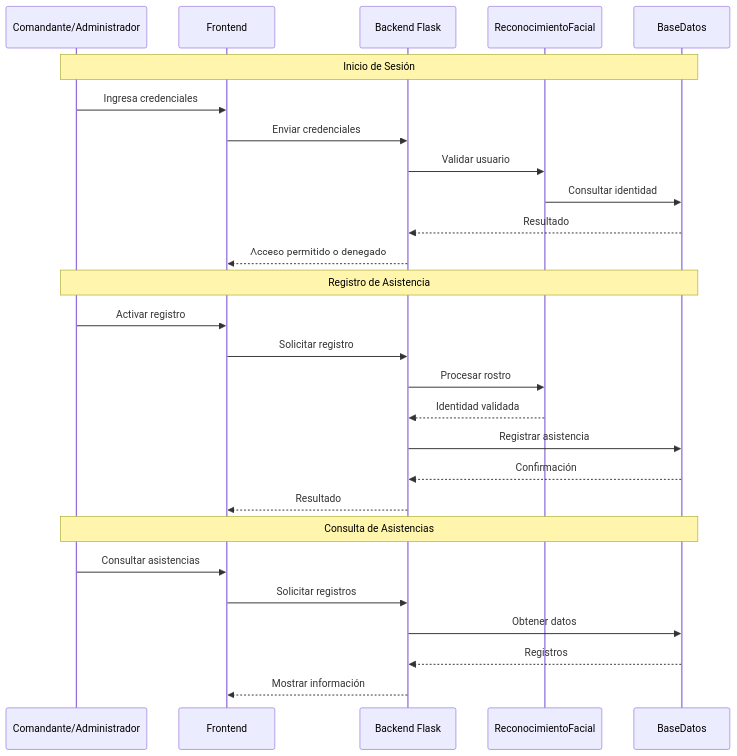
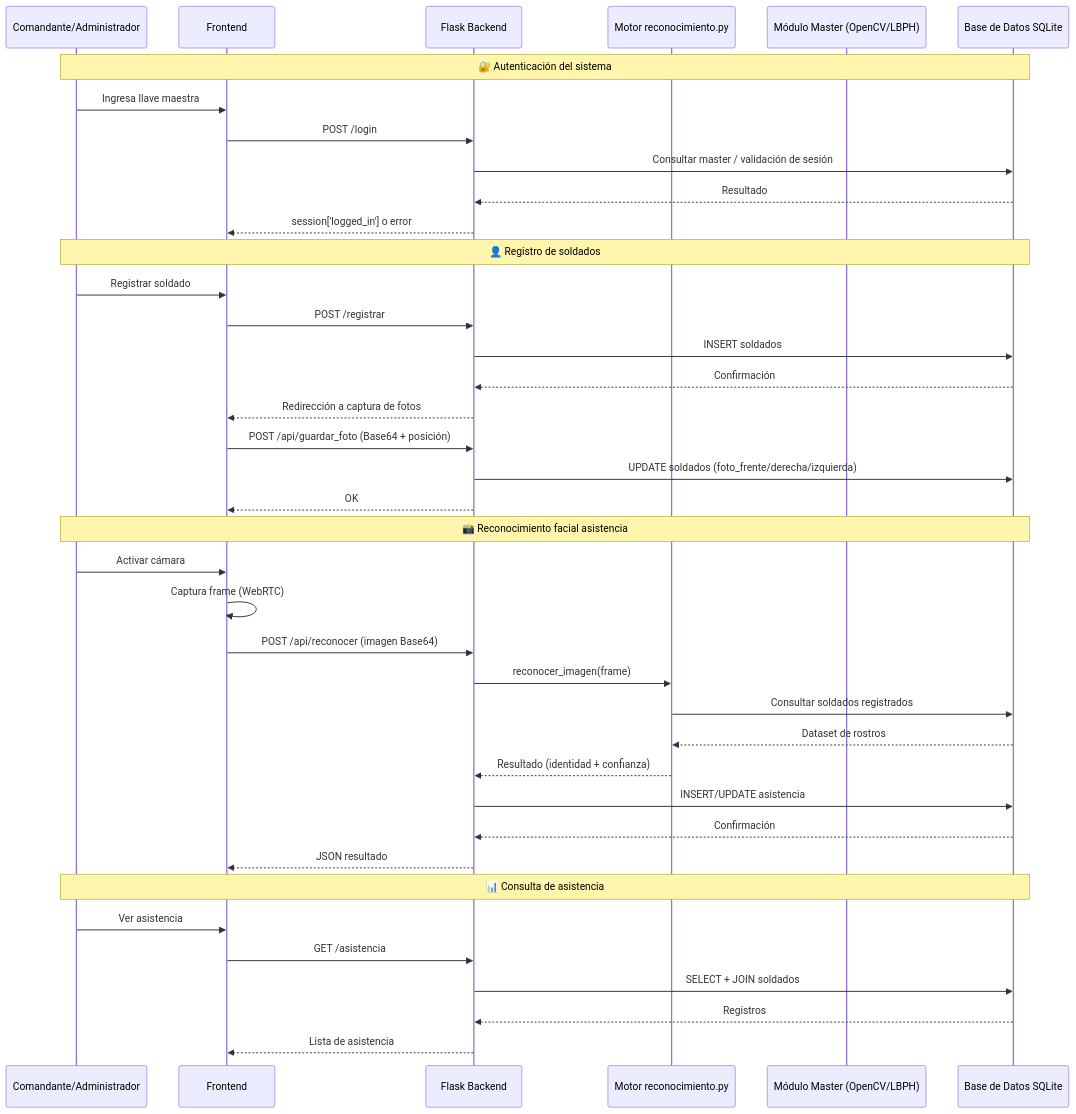
The third of 9 diagrams in README.md (rossellcristinacobis2004-cloud/MILFACE), drawn with Mermaid before and after one commit. The commit also changed other lines of this file, not shown here.

Commit message:
Revise ER model and sequence diagram in README
Updated entity-relationship model and sequence diagram in README.md to reflect changes in relationships and attributes.

````diff
--- a/README.md
+++ b/README.md
@@ -214,36 +207,57 @@
 ```mermaid
 sequenceDiagram
 
-    participant Comandante as Comandante/Administrador
+    participant Usuario as Comandante/Administrador
     participant Frontend
-    participant Backend as Backend Flask
-    participant ReconocimientoFacial
-    participant BaseDatos
+    participant Backend as Flask Backend
+    participant Reconocimiento as Motor reconocimiento.py
+    participant MasterBiometrico as Módulo Master (OpenCV/LBPH)
+    participant DB as Base de Datos SQLite
 
-    Note over Comandante,BaseDatos: Inicio de Sesión
+    %% ================= LOGIN =================
+    Note over Usuario,DB: 🔐 Autenticación del sistema
 
-    Comandante->>Frontend: Ingresa credenciales
-    Frontend->>Backend: Enviar credenciales
-    Backend->>ReconocimientoFacial: Validar usuario
-    ReconocimientoFacial->>BaseDatos: Consultar identidad
-    BaseDatos-->>Backend: Resultado
-    Backend-->>Frontend: Acceso permitido o denegado
+    Usuario->>Frontend: Ingresa llave maestra
+    Frontend->>Backend: POST /login
+    Backend->>DB: Consultar master / validación de sesión
+    DB-->>Backend: Resultado
+    Backend-->>Frontend: session['logged_in'] o error
 
-    Note over Comandante,BaseDatos: Registro de Asistencia
+    %% ================= REGISTRO SOLDADO =================
+    Note over Usuario,DB: 👤 Registro de soldados
 
-    Comandante->>Frontend: Activar registro
-    Frontend->>Backend: Solicitar registro
-    Backend->>ReconocimientoFacial: Procesar rostro
-    ReconocimientoFacial-->>Backend: Identidad validada
-    Backend->>BaseDatos: Registrar asistencia
-    BaseDatos-->>Backend: Confirmación
-    Backend-->>Frontend: Resultado
+    Usuario->>Frontend: Registrar soldado
+    Frontend->>Backend: POST /registrar
+    Backend->>DB: INSERT soldados
+    DB-->>Backend: Confirmación
+    Backend-->>Frontend: Redirección a captura de fotos
 
-    Note over Comandante,BaseDatos: Consulta de Asistencias
+    Frontend->>Backend: POST /api/guardar_foto (Base64 + posición)
+    Backend->>DB: UPDATE soldados (foto_frente/derecha/izquierda)
+    Backend-->>Frontend: OK
 
-    Comandante->>Frontend: Consultar asistencias
-    Frontend->>Backend: Solicitar registros
-    Backend->>BaseDatos: Obtener datos
-    BaseDatos-->>Backend: Registros
-    Backend-->>Frontend: Mostrar información
+    %% ================= RECONOCIMIENTO =================
+    Note over Usuario,DB: 📸 Reconocimiento facial asistencia
+
+    Usuario->>Frontend: Activar cámara
+    Frontend->>Frontend: Captura frame (WebRTC)
+    Frontend->>Backend: POST /api/reconocer (imagen Base64)
+
+    Backend->>Reconocimiento: reconocer_imagen(frame)
+    Reconocimiento->>DB: Consultar soldados registrados
+    DB-->>Reconocimiento: Dataset de rostros
+
+    Reconocimiento-->>Backend: Resultado (identidad + confianza)
+    Backend->>DB: INSERT/UPDATE asistencia
+    DB-->>Backend: Confirmación
+    Backend-->>Frontend: JSON resultado
+
+    %% ================= CONSULTA =================
+    Note over Usuario,DB: 📊 Consulta de asistencia
+
+    Usuario->>Frontend: Ver asistencia
+    Frontend->>Backend: GET /asistencia
+    Backend->>DB: SELECT + JOIN soldados
+    DB-->>Backend: Registros
+    Backend-->>Frontend: Lista de asistencia
 ```
````
